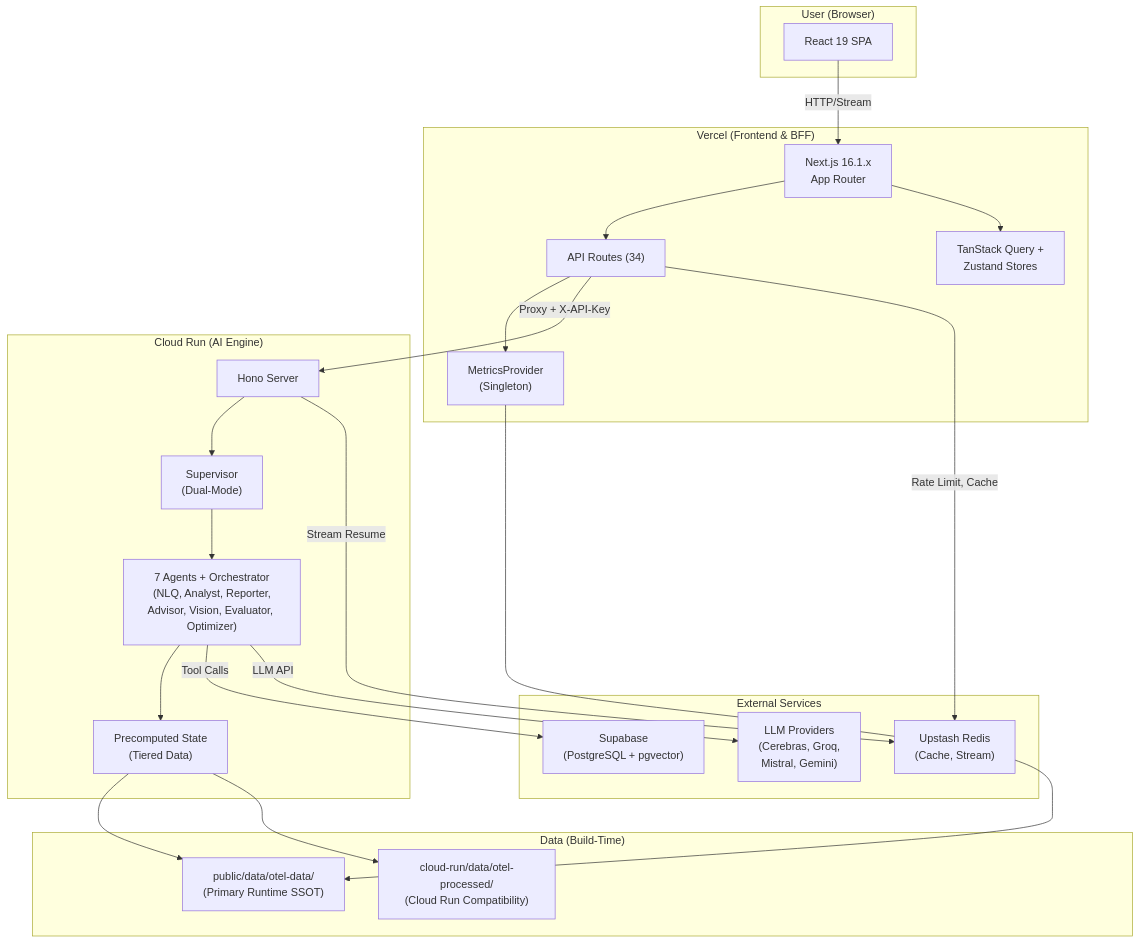
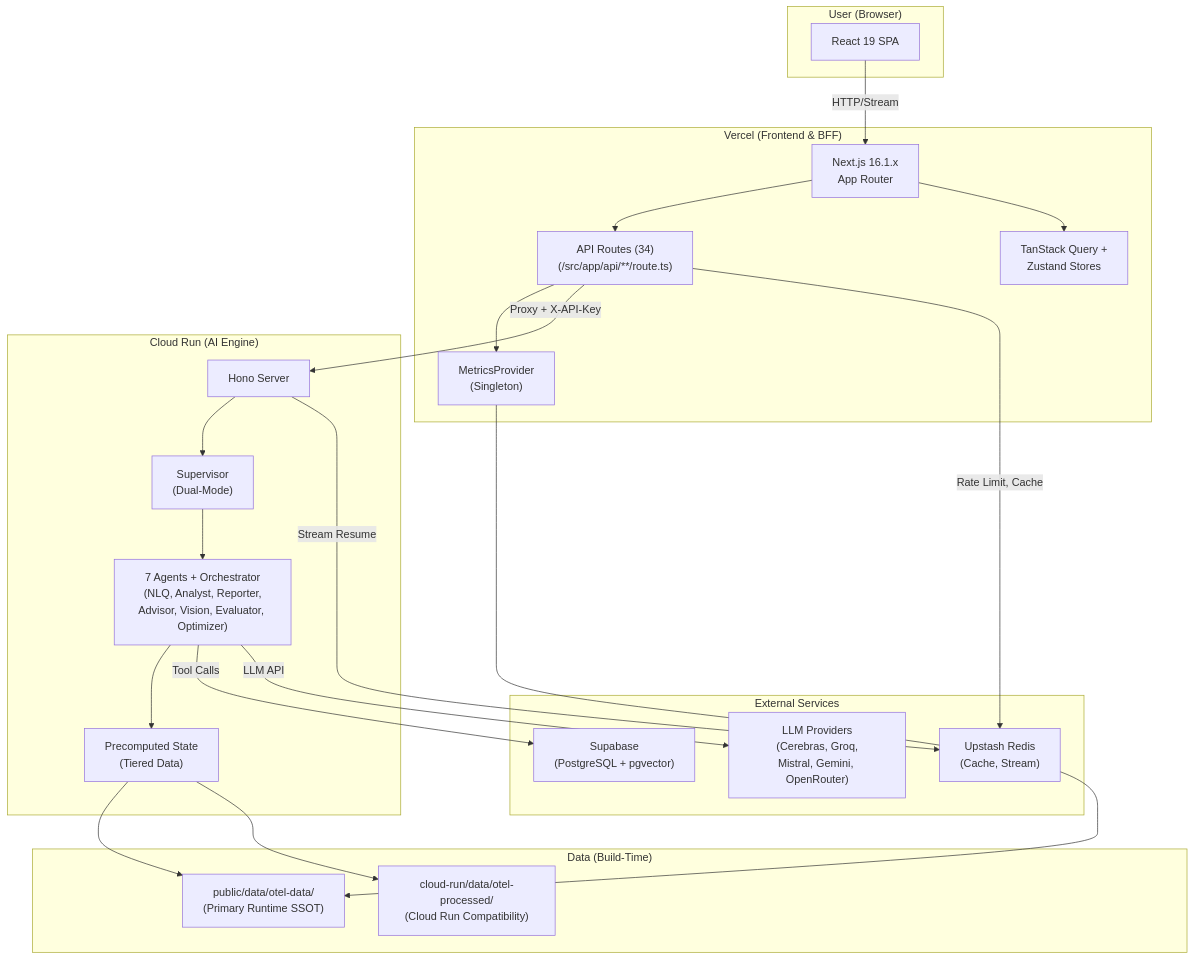
The diagram in docs/reference/architecture/system/system-architecture-current.md (skyasu2/openmanager-ai), drawn with Mermaid before and after one commit. The commit also changed other lines of this file and 2 other files, not shown here.

First line of the commit message:
docs: sync architecture and vision guide with streaming improvements

````diff
--- a/docs/reference/architecture/system/system-architecture-current.md
+++ b/docs/reference/architecture/system/system-architecture-current.md
@@ -34,47 +34,47 @@
 ```mermaid
 graph TB
     subgraph User["User (Browser)"]
         UI[React 19 SPA]
     end
 
     subgraph Vercel["Vercel (Frontend & BFF)"]
         NextJS["Next.js 16.1.x<br/>App Router"]
-        API["API Routes (34)"]
+        API["API Routes (34)<br/>(/src/app/api/**/route.ts)"]
         MP["MetricsProvider<br/>(Singleton)"]
         Providers["TanStack Query +<br/>Zustand Stores"]
     end
 
     subgraph CloudRun["Cloud Run (AI Engine)"]
         Hono["Hono Server"]
         Supervisor["Supervisor<br/>(Dual-Mode)"]
         Agents["7 Agents + Orchestrator<br/>(NLQ, Analyst, Reporter,<br/>Advisor, Vision, Evaluator, Optimizer)"]
         PreComp["Precomputed State<br/>(Tiered Data)"]
     end
 
     subgraph External["External Services"]
         Supabase["Supabase<br/>(PostgreSQL + pgvector)"]
         Redis["Upstash Redis<br/>(Cache, Stream)"]
-        LLM["LLM Providers<br/>(Cerebras, Groq,<br/>Mistral, Gemini)"]
+        LLM["LLM Providers<br/>(Cerebras, Groq,<br/>Mistral, Gemini, OpenRouter)"]
     end
 
     subgraph Data["Data (Build-Time)"]
         OTel["public/data/otel-data/<br/>(Primary Runtime SSOT)"]
         Compat["cloud-run/data/otel-processed/<br/>(Cloud Run Compatibility)"]
     end
 
     UI -->|HTTP/Stream| NextJS
     NextJS --> API
     API --> MP
     MP --> OTel
     API -->|Proxy + X-API-Key| Hono
     Hono --> Supervisor
     Supervisor --> Agents
     Agents --> PreComp
     PreComp --> OTel
     PreComp --> Compat
     Agents -->|Tool Calls| Supabase
     Agents -->|LLM API| LLM
     API -->|Rate Limit, Cache| Redis
     Hono -->|Stream Resume| Redis
     NextJS --> Providers
 ```
````
